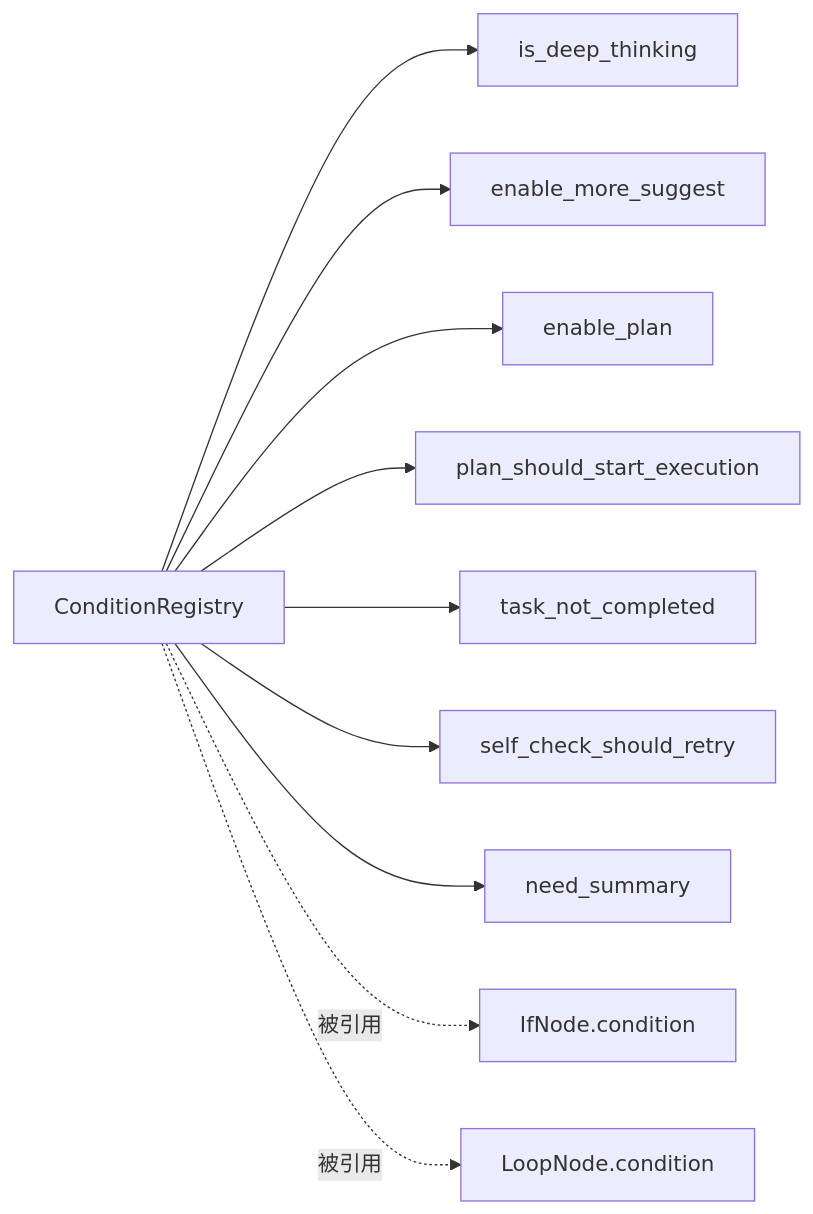
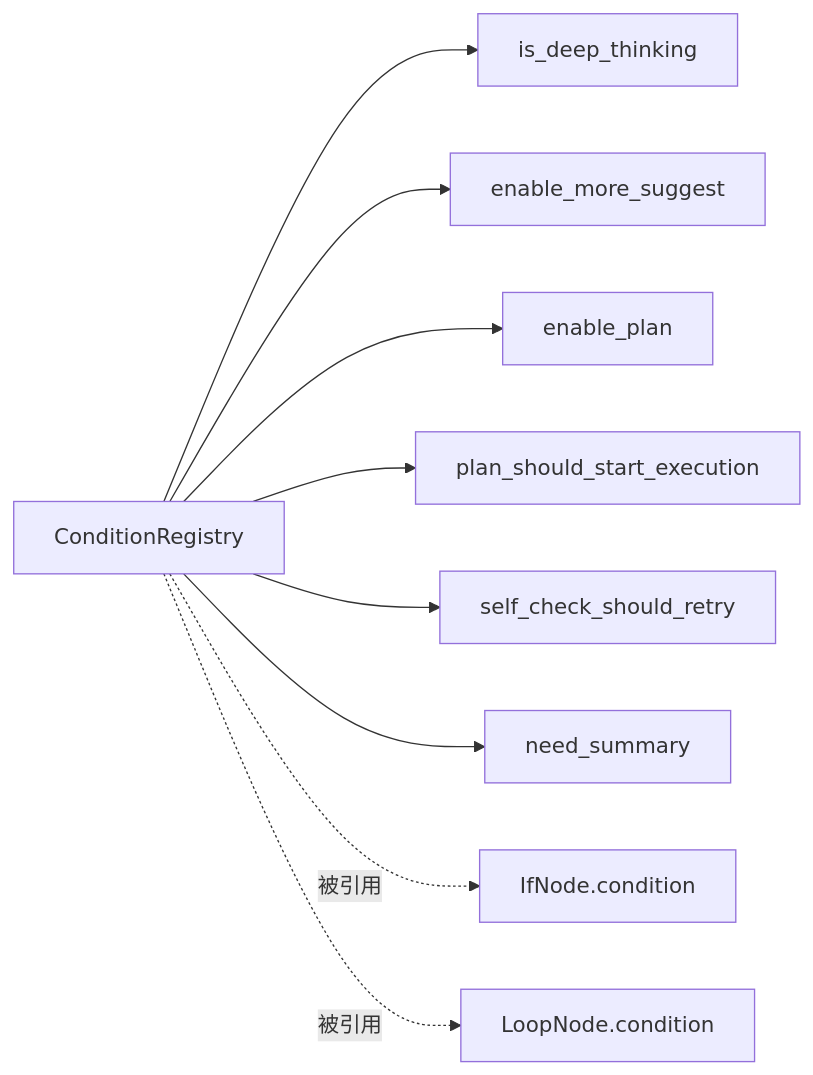
One commit to ZHangZHengEric/Sage changed the fifth of 9 diagrams in docs/zh/architecture/ARCHITECTURE_SAGENTS_AGENT_FLOW.md. Above: the diagram before and after it, drawn with Mermaid. The commit also changed other lines of this file and 141 other files, not shown here.

````diff
--- a/docs/zh/architecture/ARCHITECTURE_SAGENTS_AGENT_FLOW.md
+++ b/docs/zh/architecture/ARCHITECTURE_SAGENTS_AGENT_FLOW.md
@@ -113,13 +100,12 @@
 ```mermaid
 flowchart LR
     Reg[ConditionRegistry] --> C1[is_deep_thinking]
     Reg --> C2[enable_more_suggest]
     Reg --> C3[enable_plan]
     Reg --> C4[plan_should_start_execution]
-    Reg --> C5[task_not_completed]
-    Reg --> C6[self_check_should_retry]
-    Reg --> C7[need_summary]
+    Reg --> C5[self_check_should_retry]
+    Reg --> C6[need_summary]
 
     Reg -.被引用.-> If[IfNode.condition]
     Reg -.被引用.-> Loop[LoopNode.condition]
 ```
````
